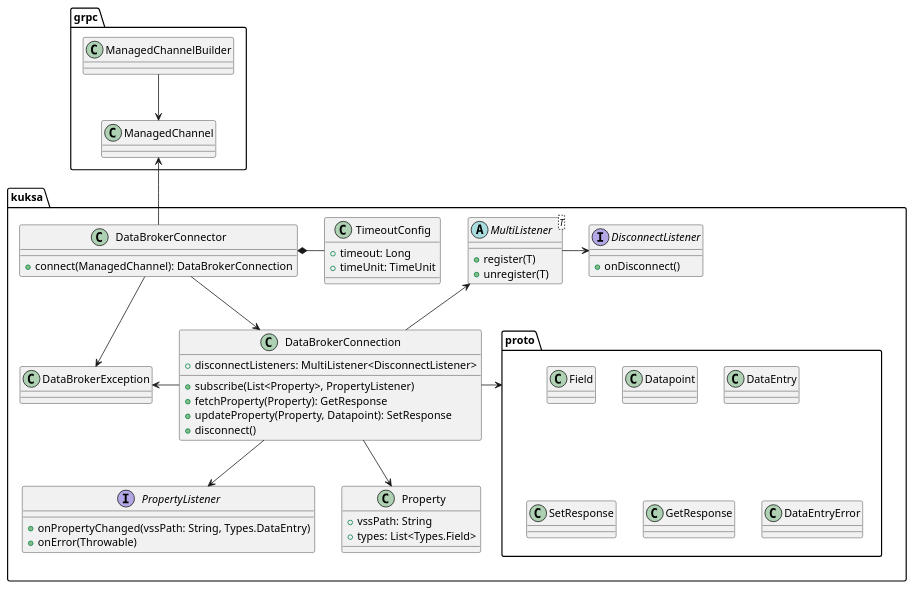
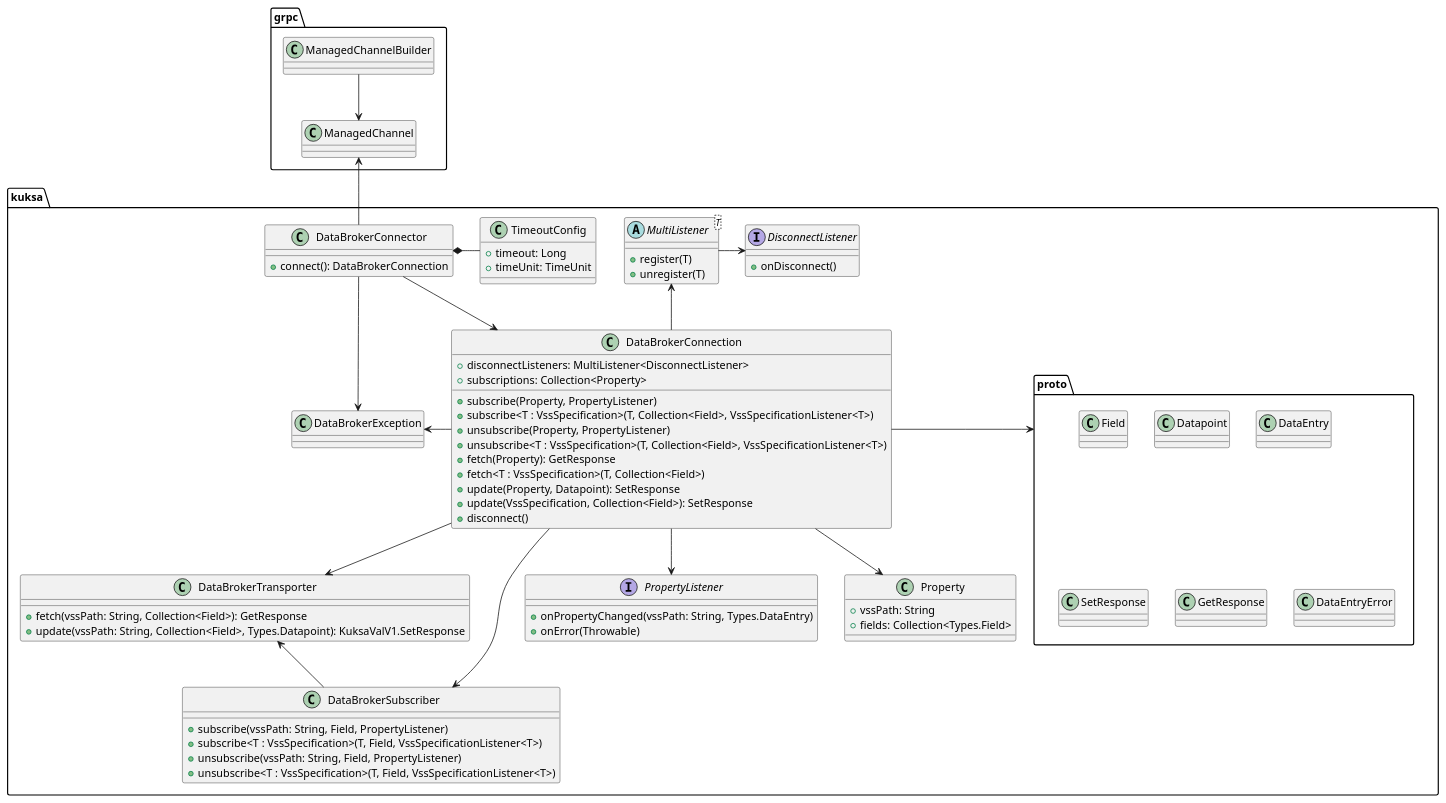
The diagram in docs/kuksa-sdk_class-diagram.puml (eclipse-kuksa/kuksa-android-sdk), drawn with PlantUML before and after one commit. The commit also changed 2 other files, not shown here.

Commit message:
docs: Add class diagram for vss-processor

```diff
--- a/docs/kuksa-sdk_class-diagram.puml
+++ b/docs/kuksa-sdk_class-diagram.puml
@@ -1,75 +1,97 @@
 @startuml
 'https://plantuml.com/class-diagram
 
 package grpc {
 
     ManagedChannelBuilder --> ManagedChannel
 
     class ManagedChannel
     class ManagedChannelBuilder
 
 }
 
 package kuksa {
 
     package proto {
         class Field
         class Datapoint
         class DataEntry
         class SetResponse
         class GetResponse
         class DataEntryError
     }
 
     DataBrokerConnector -down-> DataBrokerException
     DataBrokerConnector -down-> DataBrokerConnection
+    DataBrokerConnection -down-> DataBrokerTransporter
+    DataBrokerConnection -down-> DataBrokerSubscriber
     DataBrokerConnection -down-> PropertyListener
     DataBrokerConnection -down-> Property
     DataBrokerConnection -left-> DataBrokerException
     DataBrokerConnection -up-> MultiListener
+    DataBrokerSubscriber -up-> DataBrokerTransporter
     MultiListener -right-> DisconnectListener
     TimeoutConfig -left-* DataBrokerConnector
 
     class DataBrokerConnector {
-        + connect(ManagedChannel): DataBrokerConnection
+        + connect(): DataBrokerConnection
     }
 
     class TimeoutConfig {
         + timeout: Long
         + timeUnit: TimeUnit
     }
 
+    class DataBrokerTransporter {
+        + fetch(vssPath: String, Collection<Field>): GetResponse
+        + update(vssPath: String, Collection<Field>, Types.Datapoint): KuksaValV1.SetResponse
+    }
+
+    class DataBrokerSubscriber {
+        + subscribe(vssPath: String, Field, PropertyListener)
+        + subscribe<T : VssSpecification>(T, Field, VssSpecificationListener<T>)
+        + unsubscribe(vssPath: String, Field, PropertyListener)
+        + unsubscribe<T : VssSpecification>(T, Field, VssSpecificationListener<T>)
+    }
+
     class DataBrokerConnection {
         + disconnectListeners: MultiListener<DisconnectListener>
-        + subscribe(List<Property>, PropertyListener)
-        + fetchProperty(Property): GetResponse
-        + updateProperty(Property, Datapoint): SetResponse
+        + subscriptions: Collection<Property>
+
+        + subscribe(Property, PropertyListener)
+        + subscribe<T : VssSpecification>(T, Collection<Field>, VssSpecificationListener<T>)
+        + unsubscribe(Property, PropertyListener)
+        + unsubscribe<T : VssSpecification>(T, Collection<Field>, VssSpecificationListener<T>)
+        + fetch(Property): GetResponse
+        + fetch<T : VssSpecification>(T, Collection<Field>)
+        + update(Property, Datapoint): SetResponse
+        + update(VssSpecification, Collection<Field>): SetResponse
         + disconnect()
     }
     
     interface PropertyListener {
         + onPropertyChanged(vssPath: String, Types.DataEntry)
         + onError(Throwable)
     }
 
     class Property {
         + vssPath: String
-        + types: List<Types.Field>
+        + fields: Collection<Types.Field>
     }
 
     class DataBrokerException
 
     abstract class MultiListener<T> {
         + register(T)
         + unregister(T)
     }
 
     interface DisconnectListener {
         + onDisconnect()
     }
 }
 
 DataBrokerConnector -up-> ManagedChannel
 DataBrokerConnection -right-> proto
 
 @enduml
```
